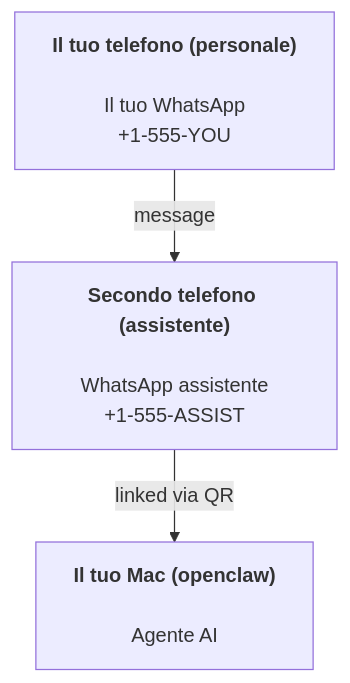
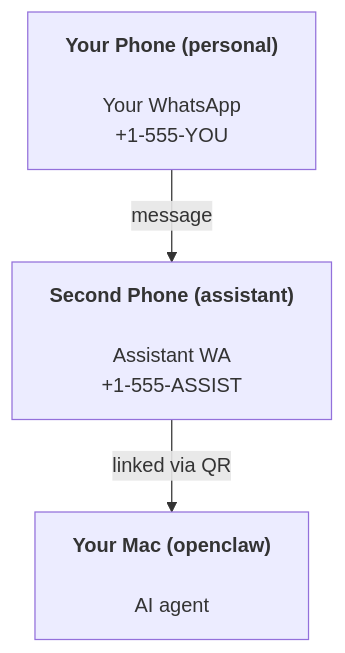
The diagram in docs/it/start/openclaw.md (openclaw/docs), drawn with Mermaid before and after one commit. The commit also changed other lines of this file and 440 other files, not shown here.

````diff
--- a/docs/it/start/openclaw.md
+++ b/docs/it/start/openclaw.md
@@ -43,5 +43,5 @@
 ```mermaid
 flowchart TB
-    A["<b>Il tuo telefono (personale)<br></b><br>Il tuo WhatsApp<br>+1-555-YOU"] -- message --> B["<b>Secondo telefono (assistente)<br></b><br>WhatsApp assistente<br>+1-555-ASSIST"]
-    B -- linked via QR --> C["<b>Il tuo Mac (openclaw)<br></b><br>Agente AI"]
+    A["<b>Your Phone (personal)<br></b><br>Your WhatsApp<br>+1-555-YOU"] -- message --> B["<b>Second Phone (assistant)<br></b><br>Assistant WA<br>+1-555-ASSIST"]
+    B -- linked via QR --> C["<b>Your Mac (openclaw)<br></b><br>AI agent"]
 ```
````
